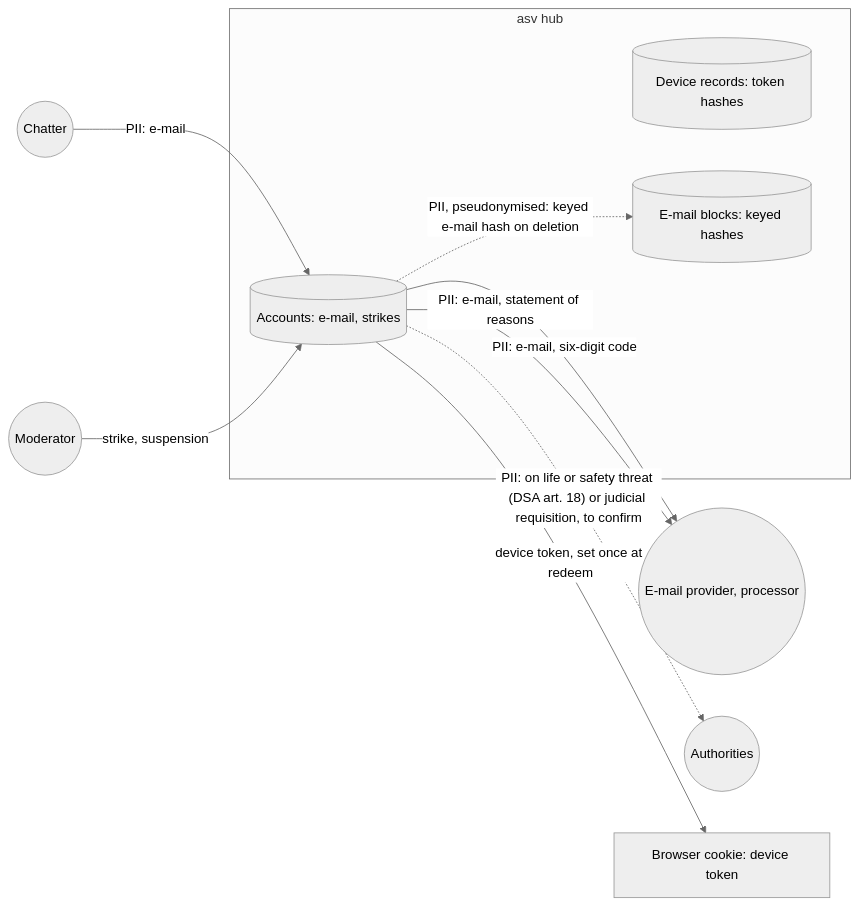
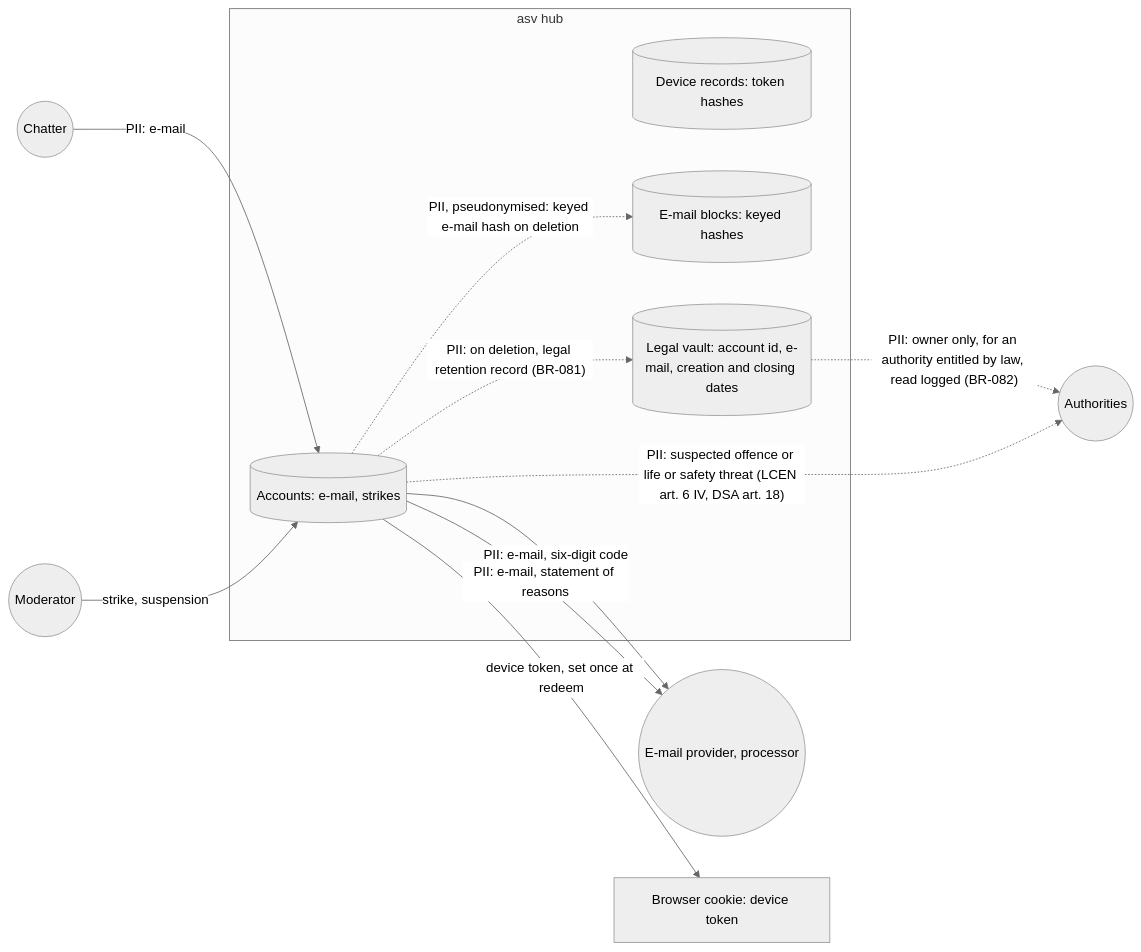
Before and after one commit to benoit-bremaud/asv: the diagram in docs/architecture/diagrams/accounts/06-data-flow.md, drawn with Mermaid (neutral theme). The commit also changed other lines of this file and 41 other files, not shown here.

First line of the commit message:
docs(legal): legal check on official texts and legal retention vault (#6)

````diff
--- a/docs/architecture/diagrams/accounts/06-data-flow.md
+++ b/docs/architecture/diagrams/accounts/06-data-flow.md
@@ -12,20 +12,23 @@
 ```mermaid
 flowchart LR
   Chatter(("Chatter"))
   Mod(("Moderator"))
   MailProvider(("E-mail provider, processor"))
   Authority(("Authorities"))
   subgraph asv ["asv hub"]
     Acc[("Accounts: e-mail, strikes")]
     Dev[("Device records: token hashes")]
     Blocks[("E-mail blocks: keyed hashes")]
+    Vault[("Legal vault: account id, e-mail, creation and closing dates")]
   end
   Browser["Browser cookie: device token"]
   Chatter -->|"PII: e-mail"| Acc
   Acc -->|"PII: e-mail, six-digit code"| MailProvider
   Acc -->|"device token, set once at redeem"| Browser
   Mod -->|"strike, suspension"| Acc
   Acc -->|"PII: e-mail, statement of reasons"| MailProvider
   Acc -.->|"PII, pseudonymised: keyed e-mail hash on deletion"| Blocks
-  Acc -.->|"PII: on life or safety threat (DSA art. 18) or judicial requisition, to confirm"| Authority
+  Acc -.->|"PII: on deletion, legal retention record (BR-081)"| Vault
+  Vault -.->|"PII: owner only, for an authority entitled by law, read logged (BR-082)"| Authority
+  Acc -.->|"PII: suspected offence or life or safety threat (LCEN art. 6 IV, DSA art. 18)"| Authority
 ```
````
